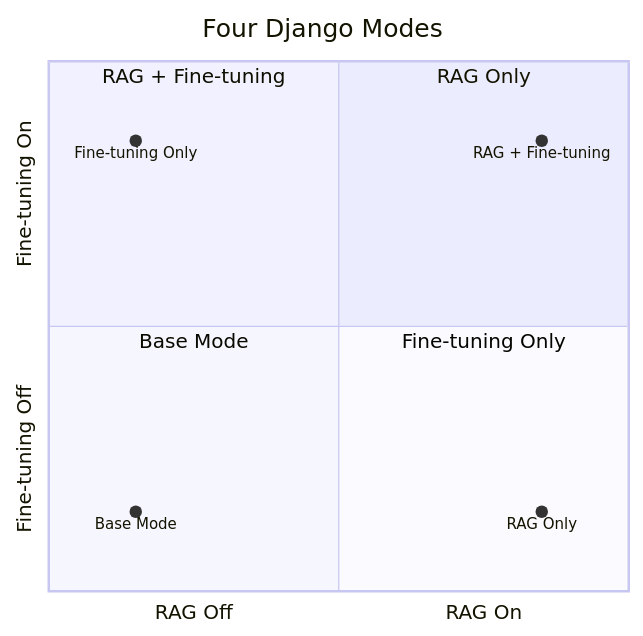
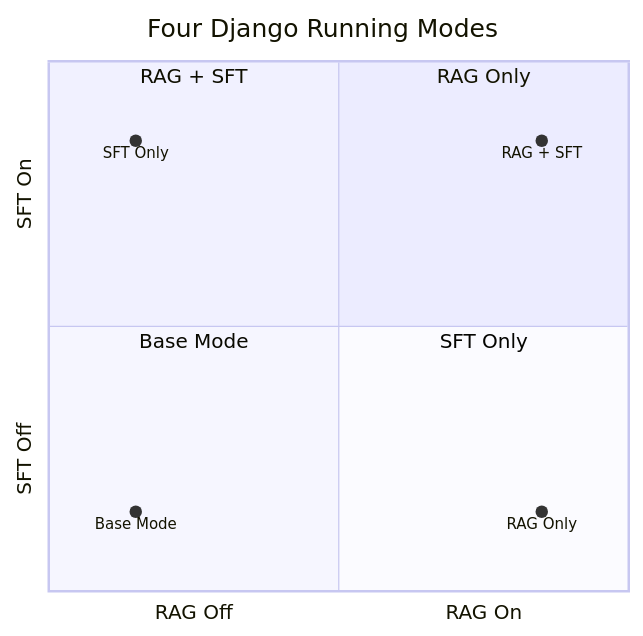
Before and after one commit to billzi2016/chinapost-internship: the fifth of 6 diagrams in docs-site/docs/en/django-system.md, drawn with Mermaid. The commit also changed other lines of this file and 10 other files, not shown here.

````diff
--- a/docs-site/docs/en/django-system.md
+++ b/docs-site/docs/en/django-system.md
@@ -61,14 +169,14 @@
 ```mermaid
 quadrantChart
-    title Four Django Modes
+    title Four Django Running Modes
     x-axis RAG Off --> RAG On
-    y-axis Fine-tuning Off --> Fine-tuning On
+    y-axis SFT Off --> SFT On
     quadrant-1 RAG Only
-    quadrant-2 RAG + Fine-tuning
+    quadrant-2 RAG + SFT
     quadrant-3 Base Mode
-    quadrant-4 Fine-tuning Only
+    quadrant-4 SFT Only
     Base Mode: [0.15, 0.15]
     RAG Only: [0.85, 0.15]
-    Fine-tuning Only: [0.15, 0.85]
-    RAG + Fine-tuning: [0.85, 0.85]
+    SFT Only: [0.15, 0.85]
+    RAG + SFT: [0.85, 0.85]
 ```
````
